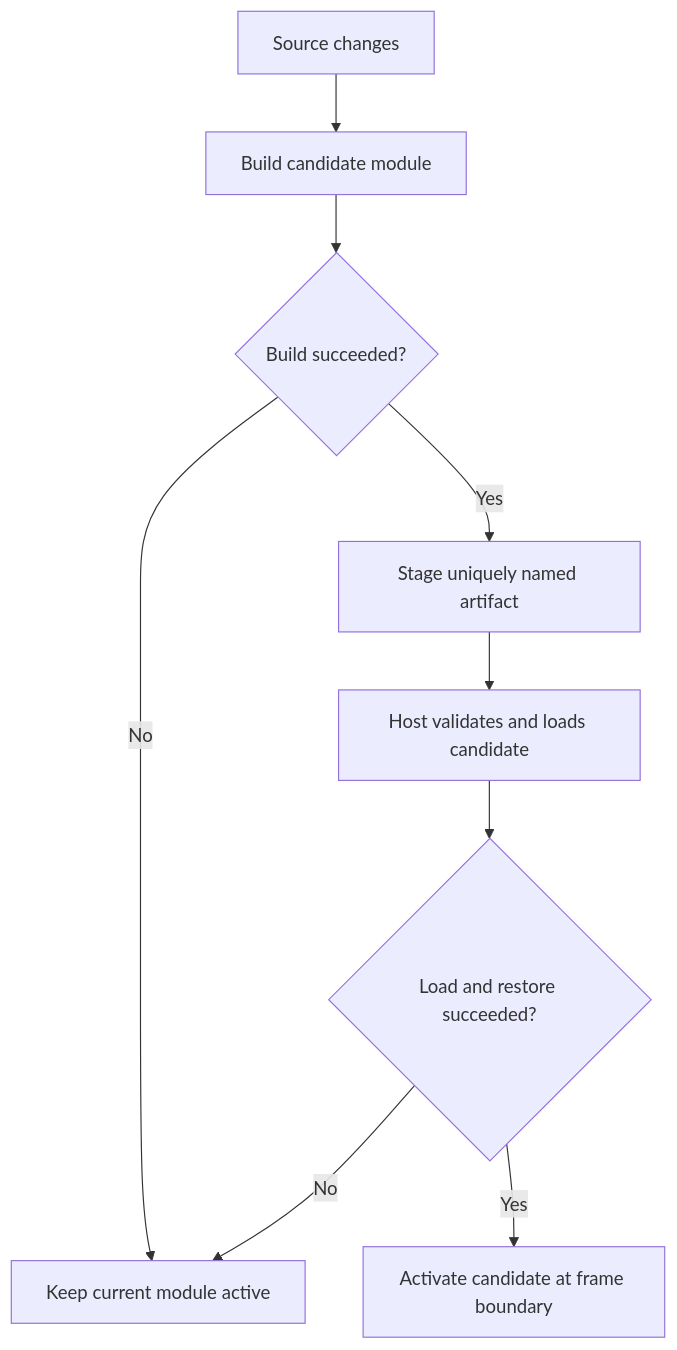
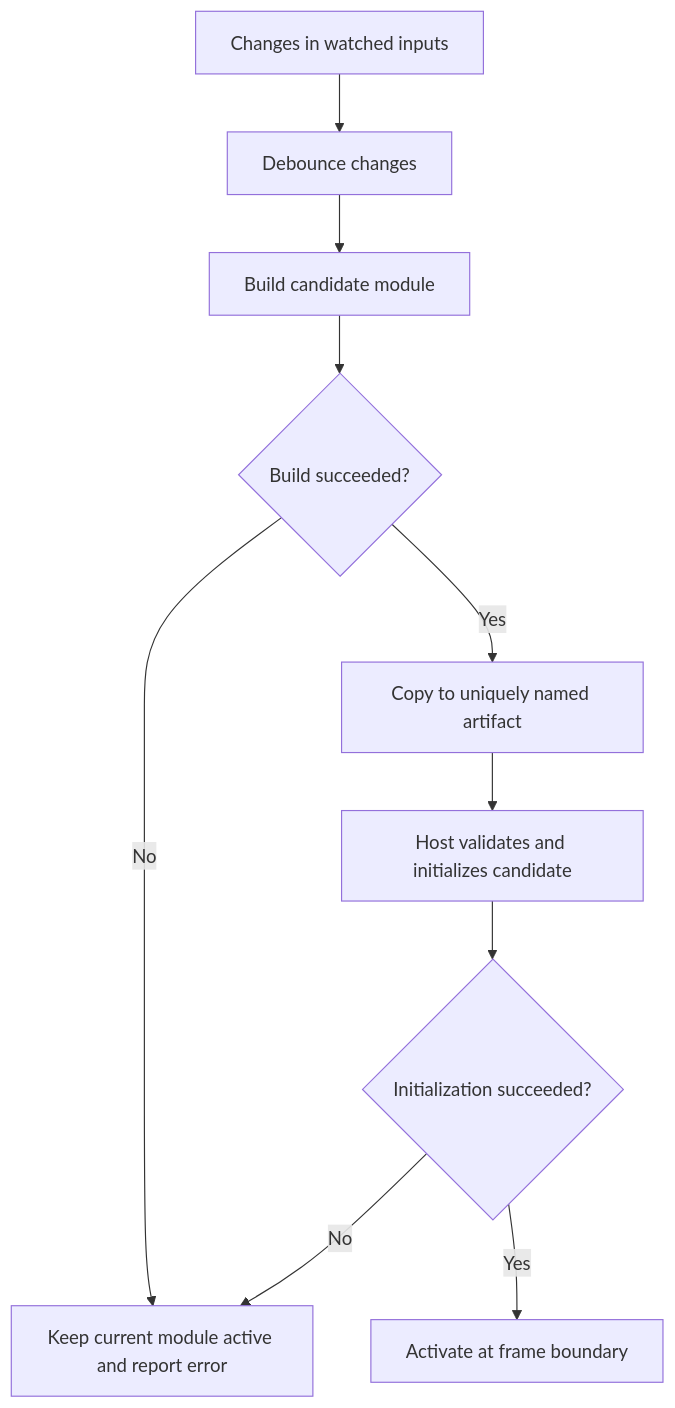
The second of 2 diagrams in docs/hot-reload.md (Tsarbomba69-com/formula_arcana), drawn with Mermaid before and after one commit. The commit also changed other lines of this file, not shown here.

Commit message:
Clarify hot-reload design and implementation status

````diff
--- a/docs/hot-reload.md
+++ b/docs/hot-reload.md
@@ -168,11 +171,12 @@
 ```mermaid
 flowchart TD
-    Edit["Source changes"] --> Build["Build candidate module"]
+    Edit["Changes in watched inputs"] --> Debounce["Debounce changes"]
+    Debounce --> Build["Build candidate module"]
     Build --> Result{"Build succeeded?"}
-    Result -->|No| Keep["Keep current module active"]
-    Result -->|Yes| Stage["Stage uniquely named artifact"]
-    Stage --> Reload["Host validates and loads candidate"]
-    Reload --> Valid{"Load and restore succeeded?"}
+    Result -->|No| Keep["Keep current module active and report error"]
+    Result -->|Yes| Stage["Copy to uniquely named artifact"]
+    Stage --> Reload["Host validates and initializes candidate"]
+    Reload --> Valid{"Initialization succeeded?"}
     Valid -->|No| Keep
-    Valid -->|Yes| Activate["Activate candidate at frame boundary"]
+    Valid -->|Yes| Activate["Activate at frame boundary"]
 ```
````
